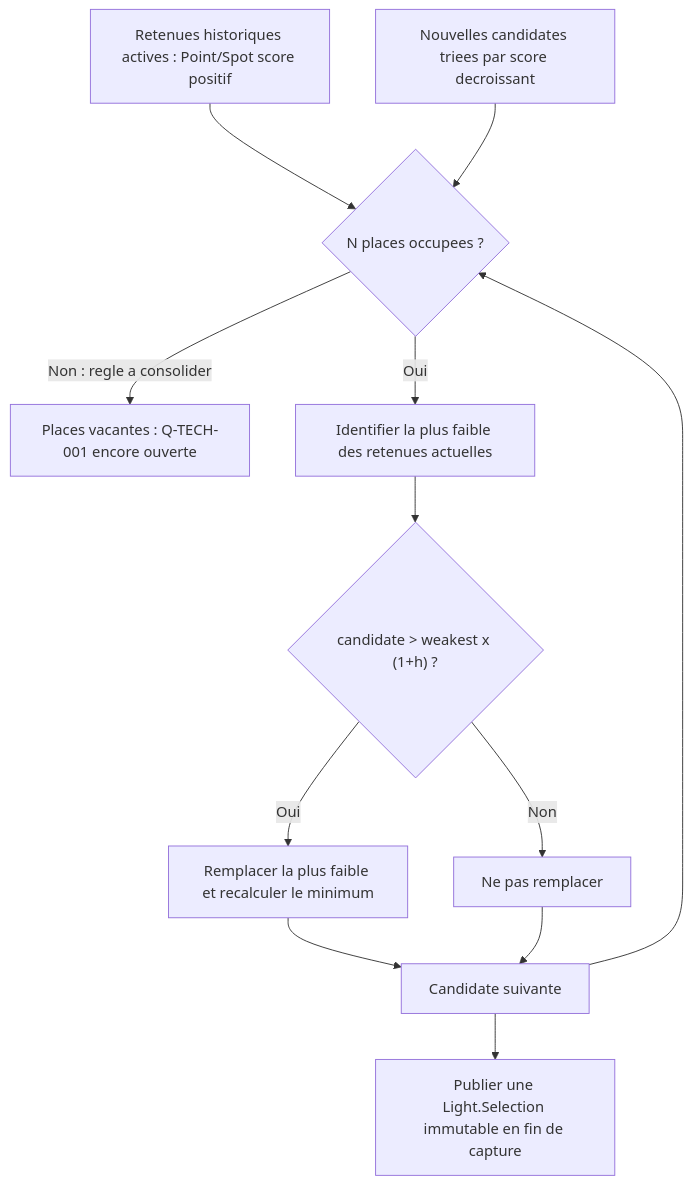
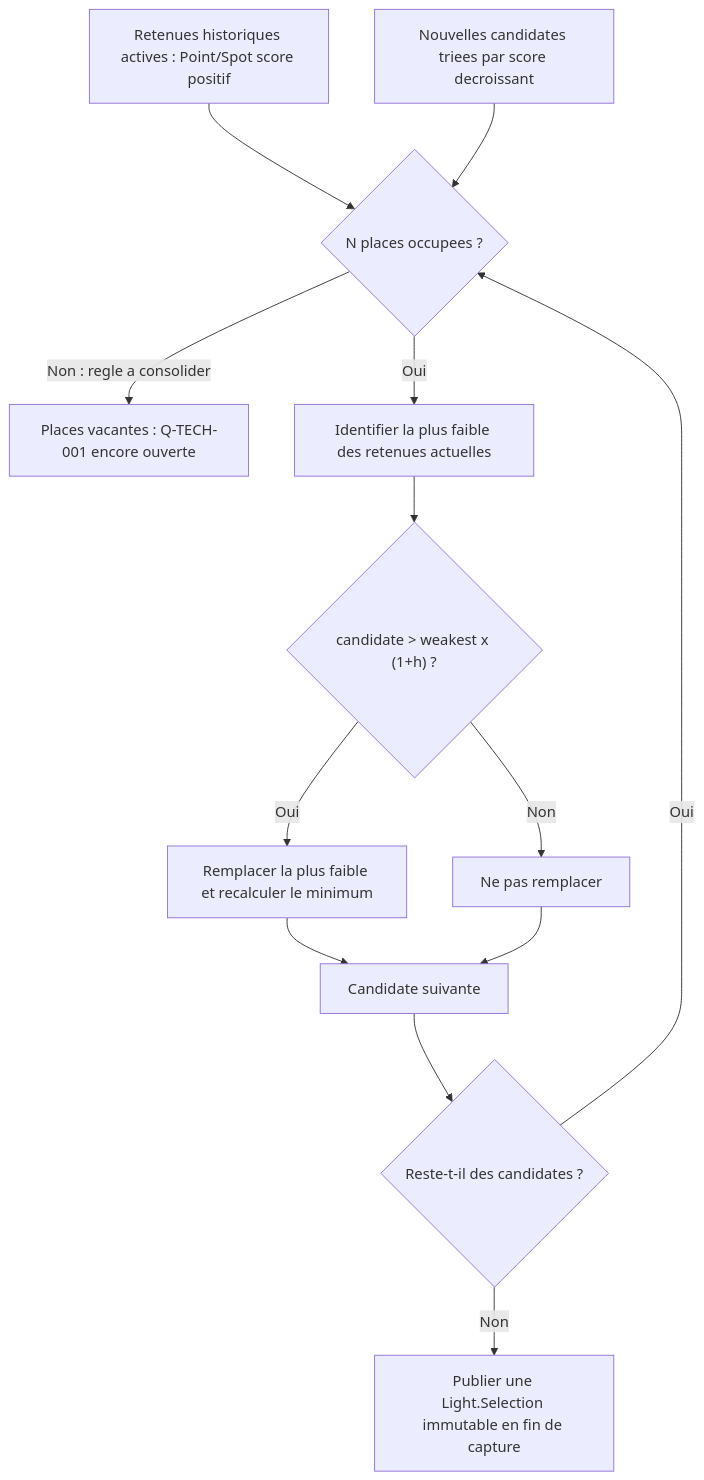
Before and after one commit to EreliaStudio/Sparkle: the seventh of 11 diagrams in docs/voxel-engine-v0.1.4/08-lumieres-et-ombres.md, drawn with Mermaid.

Commit message:
docs(v0.1.4): clarify candidate loop exit in Top-N diagram

````diff
--- a/docs/voxel-engine-v0.1.4/08-lumieres-et-ombres.md
+++ b/docs/voxel-engine-v0.1.4/08-lumieres-et-ombres.md
@@ -283,14 +283,15 @@
 ```mermaid
 flowchart TD
   Prev["Retenues historiques actives : Point/Spot score positif"] --> Full{"N places occupees ?"}
   Candidates["Nouvelles candidates triees par score decroissant"] --> Full
   Full -->|"Non : regle a consolider"| Open["Places vacantes : Q-TECH-001 encore ouverte"]
   Full -->|"Oui"| Weak["Identifier la plus faible des retenues actuelles"]
   Weak --> Gate{"candidate > weakest x (1+h) ?"}
   Gate -->|"Oui"| Swap["Remplacer la plus faible et recalculer le minimum"]
   Gate -->|"Non"| Skip["Ne pas remplacer"]
   Swap --> Next["Candidate suivante"]
   Skip --> Next
-  Next --> Full
-  Next --> Output["Publier une Light.Selection immutable en fin de capture"]
+  Next --> More{"Reste-t-il des candidates ?"}
+  More -->|"Oui"| Full
+  More -->|"Non"| Output["Publier une Light.Selection immutable en fin de capture"]
 ```
````
